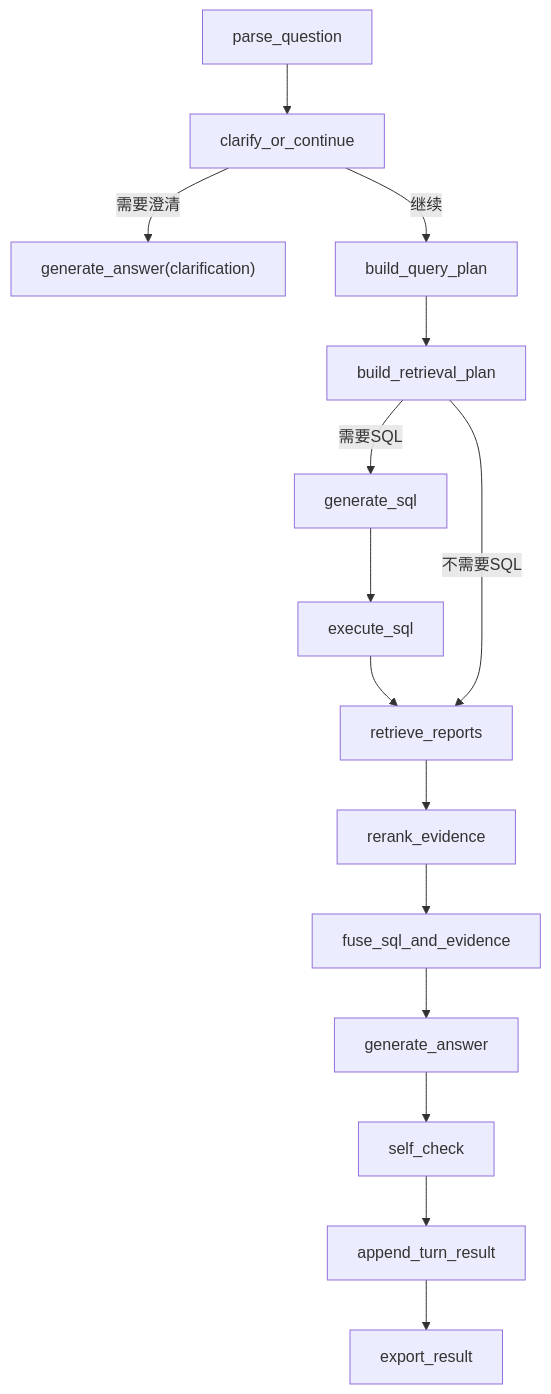
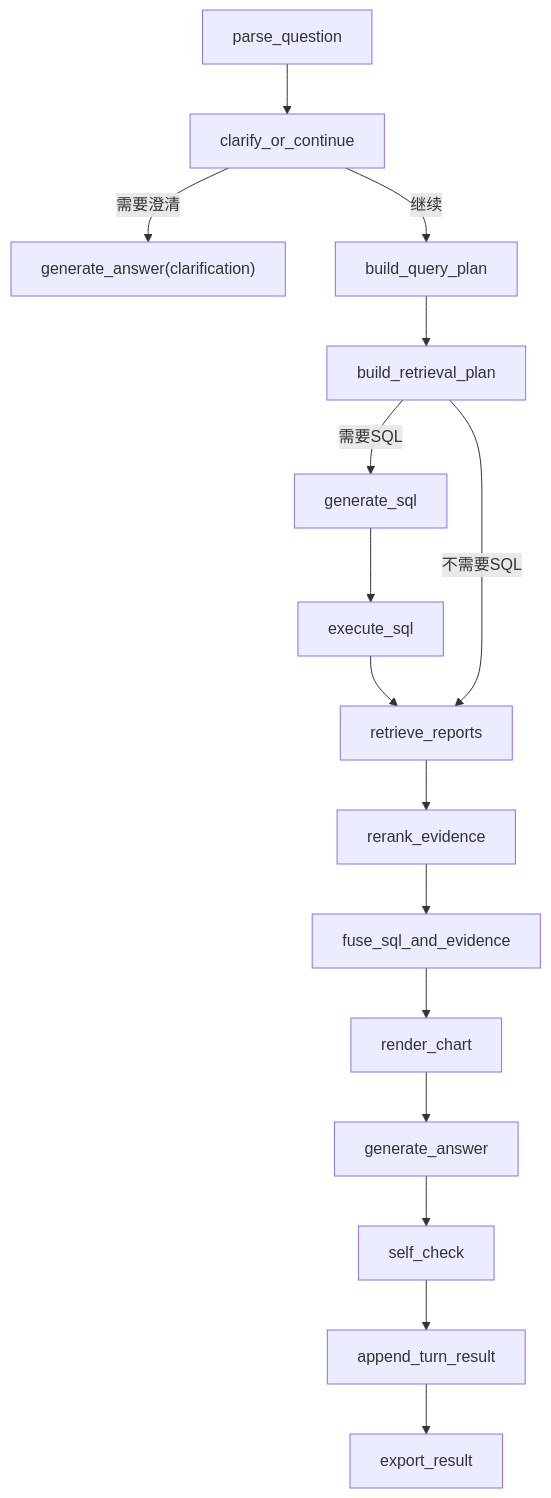
One commit to YikW-a/taidibei-b-question changed the diagram in README_task3_langgraph.md. Above: the diagram before and after it, drawn with Mermaid. The commit also changed other lines of this file and 13 other files, not shown here.

````diff
--- a/README_task3_langgraph.md
+++ b/README_task3_langgraph.md
@@ -104,17 +121,18 @@
 ```mermaid
 flowchart TD
     A["parse_question"] --> B["clarify_or_continue"]
     B -->|需要澄清| C["generate_answer(clarification)"]
     B -->|继续| D["build_query_plan"]
     D --> E["build_retrieval_plan"]
     E -->|需要SQL| F["generate_sql"]
     F --> G["execute_sql"]
     G --> H["retrieve_reports"]
     E -->|不需要SQL| H
     H --> I["rerank_evidence"]
     I --> J["fuse_sql_and_evidence"]
-    J --> K["generate_answer"]
-    K --> L["self_check"]
-    L --> M["append_turn_result"]
-    M --> N["export_result"]
+    J --> K["render_chart"]
+    K --> L["generate_answer"]
+    L --> M["self_check"]
+    M --> N["append_turn_result"]
+    N --> O["export_result"]
 ```
````
